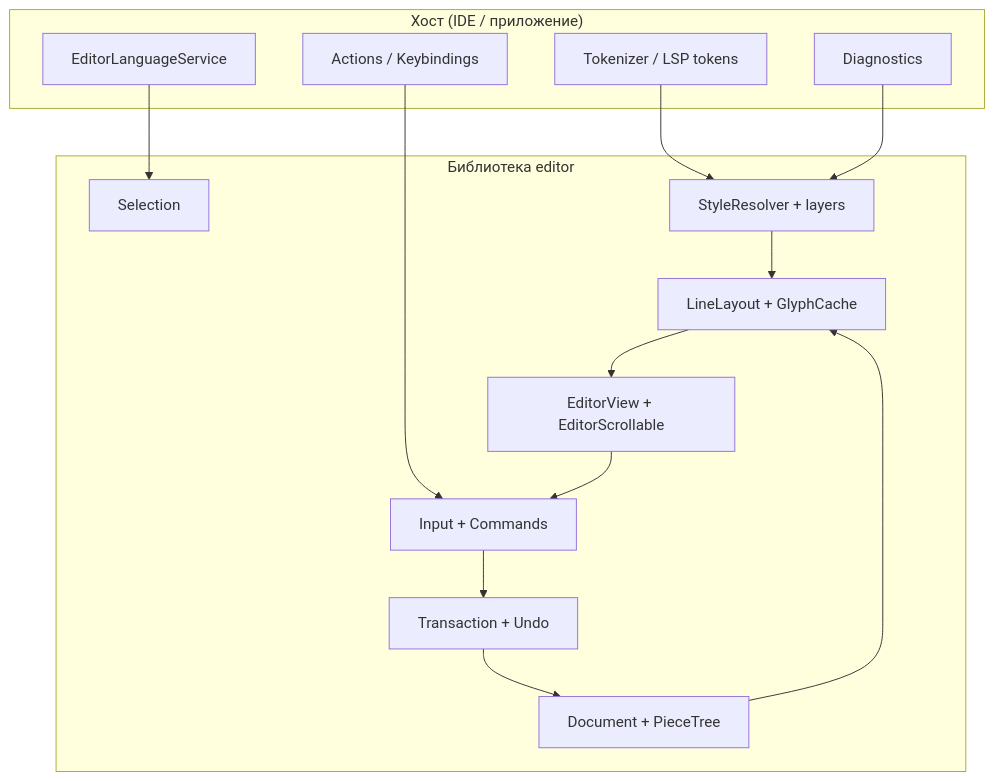
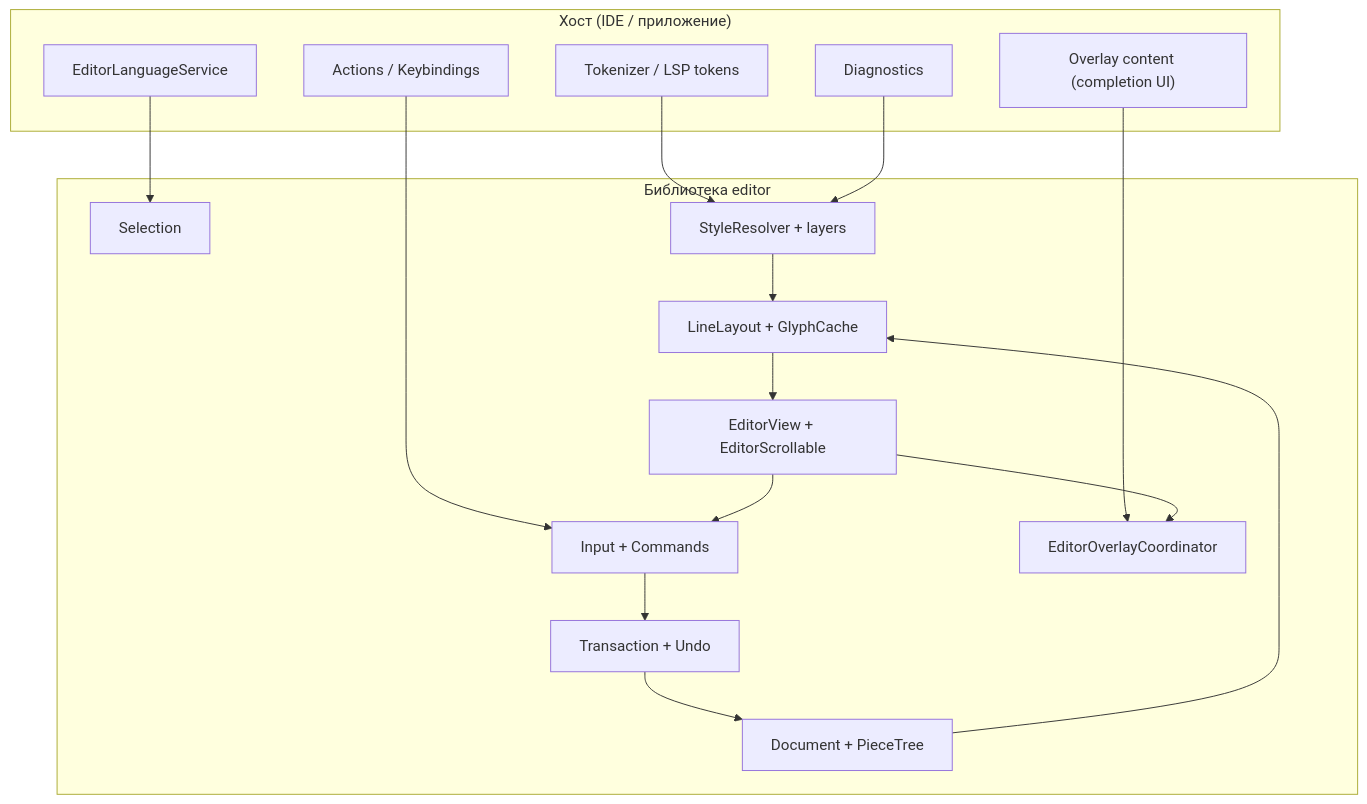
Before and after one commit to The28AWG/editor: the first of 3 diagrams in docs/ARCHITECTURE.md, drawn with Mermaid. The commit also changed other lines of this file and 53 other files, not shown here.

````diff
--- a/docs/ARCHITECTURE.md
+++ b/docs/ARCHITECTURE.md
@@ -43,30 +44,34 @@
 ```mermaid
 flowchart TB
   subgraph host["Хост (IDE / приложение)"]
     Lang["Tokenizer / LSP tokens"]
     Dec["Diagnostics"]
     Cmd["Actions / Keybindings"]
     LSP["EditorLanguageService"]
+    Ovl["Overlay content (completion UI)"]
   end
 
   subgraph lib["Библиотека editor"]
     Doc["Document + PieceTree"]
     Eng["Transaction + Undo"]
     Sel["Selection"]
     Sty["StyleResolver + layers"]
     Lay["LineLayout + GlyphCache"]
     View["EditorView + EditorScrollable"]
     Inp["Input + Commands"]
+    OvlC["EditorOverlayCoordinator"]
   end
 
   Lang --> Sty
   Dec --> Sty
   LSP --> Sel
+  Ovl --> OvlC
   Doc --> Lay
   Sty --> Lay
   Lay --> View
   Inp --> Eng
   Eng --> Doc
   Cmd --> Inp
   View --> Inp
+  View --> OvlC
 ```
````
